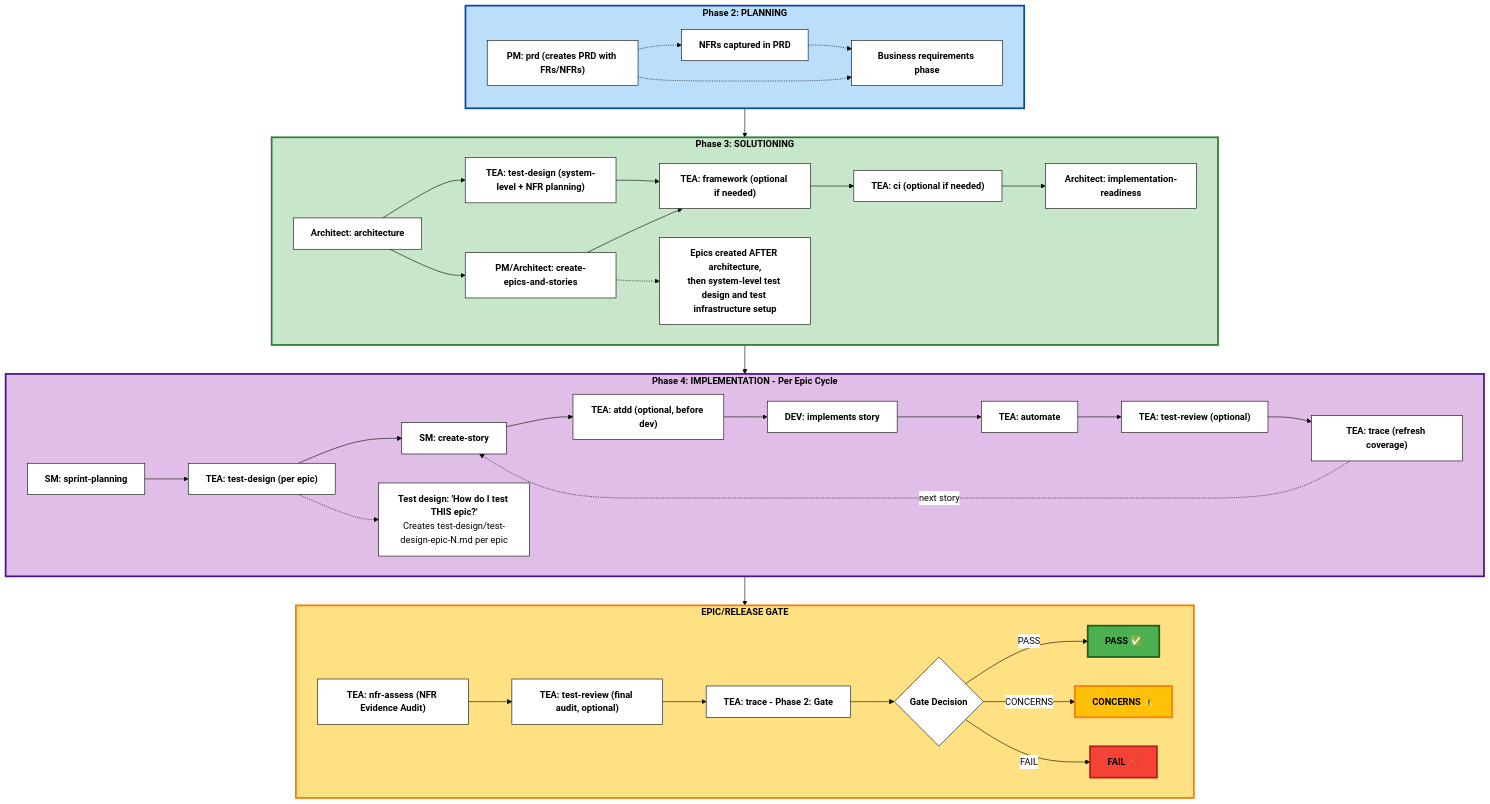
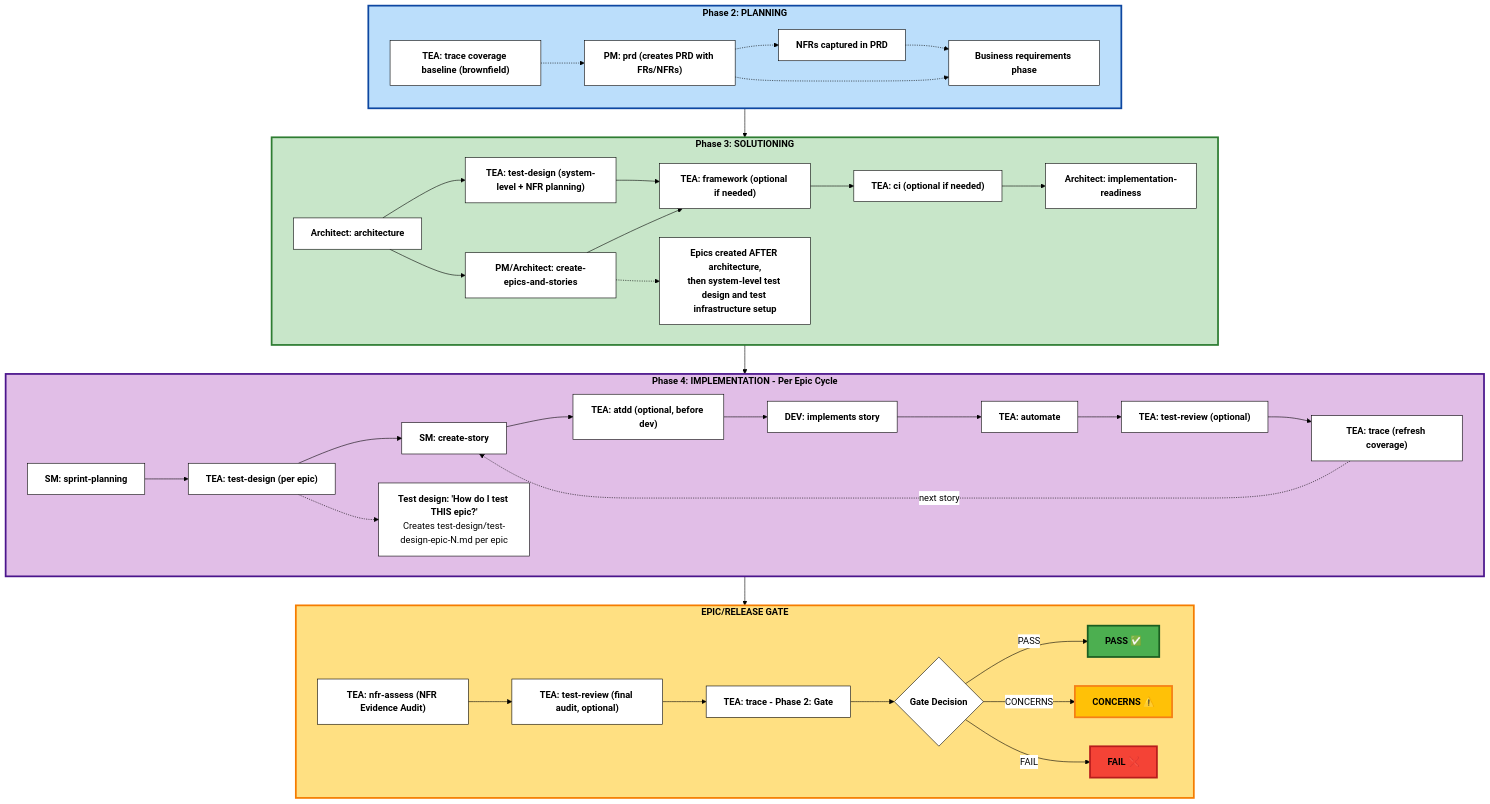
Before and after one commit to bmad-code-org/bmad-method-test-architecture-enterprise: the diagram in docs/explanation/tea-overview.md, drawn with Mermaid. The commit also changed other lines of this file and 65 other files, not shown here.

````diff
--- a/docs/explanation/tea-overview.md
+++ b/docs/explanation/tea-overview.md
@@ -61,77 +61,79 @@
 ```mermaid
 %%{init: {'theme':'base', 'themeVariables': { 'primaryColor':'#fff','primaryTextColor':'#000','primaryBorderColor':'#000','lineColor':'#000','secondaryColor':'#fff','tertiaryColor':'#fff','fontSize':'16px','fontFamily':'arial'}}}%%
 graph TB
     subgraph Phase2["<b>Phase 2: PLANNING</b>"]
+        TraceBaseline["<b>TEA: trace coverage baseline (brownfield)</b>"]
         PM["<b>PM: prd (creates PRD with FRs/NFRs)</b>"]
+        TraceBaseline -.-> PM
         PlanNote["<b>Business requirements phase</b>"]
         PrdNfr["<b>NFRs captured in PRD</b>"]
         PM -.-> PrdNfr
         PrdNfr -.-> PlanNote
         PM -.-> PlanNote
     end
 
     subgraph Phase3["<b>Phase 3: SOLUTIONING</b>"]
         Architecture["<b>Architect: architecture</b>"]
         EpicsStories["<b>PM/Architect: create-epics-and-stories</b>"]
         TestDesignSys["<b>TEA: test-design (system-level + NFR planning)</b>"]
         Framework["<b>TEA: framework (optional if needed)</b>"]
         CI["<b>TEA: ci (optional if needed)</b>"]
         GateCheck["<b>Architect: implementation-readiness</b>"]
         Architecture --> EpicsStories
         Architecture --> TestDesignSys
         TestDesignSys --> Framework
         EpicsStories --> Framework
         Framework --> CI
         CI --> GateCheck
         Phase3Note["<b>Epics created AFTER architecture,</b><br/><b>then system-level test design and test infrastructure setup</b>"]
         EpicsStories -.-> Phase3Note
     end
 
     subgraph Phase4["<b>Phase 4: IMPLEMENTATION - Per Epic Cycle</b>"]
         SprintPlan["<b>SM: sprint-planning</b>"]
         TestDesign["<b>TEA: test-design (per epic)</b>"]
         CreateStory["<b>SM: create-story</b>"]
         ATDD["<b>TEA: atdd (optional, before dev)</b>"]
         DevImpl["<b>DEV: implements story</b>"]
         Automate["<b>TEA: automate</b>"]
         TestReview1["<b>TEA: test-review (optional)</b>"]
         Trace1["<b>TEA: trace (refresh coverage)</b>"]
 
         SprintPlan --> TestDesign
         TestDesign --> CreateStory
         CreateStory --> ATDD
         ATDD --> DevImpl
         DevImpl --> Automate
         Automate --> TestReview1
         TestReview1 --> Trace1
         Trace1 -.->|next story| CreateStory
         TestDesignNote["<b>Test design: 'How do I test THIS epic?'</b><br/>Creates test-design/test-design-epic-N.md per epic"]
         TestDesign -.-> TestDesignNote
     end
 
     subgraph Gate["<b>EPIC/RELEASE GATE</b>"]
         NFR["<b>TEA: nfr-assess (NFR Evidence Audit)</b>"]
         TestReview2["<b>TEA: test-review (final audit, optional)</b>"]
         TraceGate["<b>TEA: trace - Phase 2: Gate</b>"]
         GateDecision{"<b>Gate Decision</b>"}
 
         NFR --> TestReview2
         TestReview2 --> TraceGate
         TraceGate --> GateDecision
         GateDecision -->|PASS| Pass["<b>PASS ✅</b>"]
         GateDecision -->|CONCERNS| Concerns["<b>CONCERNS ⚠️</b>"]
         GateDecision -->|FAIL| Fail["<b>FAIL ❌</b>"]
     end
 
     Phase2 --> Phase3
     Phase3 --> Phase4
     Phase4 --> Gate
 
     style Phase2 fill:#bbdefb,stroke:#0d47a1,stroke-width:3px,color:#000
     style Phase3 fill:#c8e6c9,stroke:#2e7d32,stroke-width:3px,color:#000
     style Phase4 fill:#e1bee7,stroke:#4a148c,stroke-width:3px,color:#000
     style Gate fill:#ffe082,stroke:#f57c00,stroke-width:3px,color:#000
     style Pass fill:#4caf50,stroke:#1b5e20,stroke-width:3px,color:#000
     style Concerns fill:#ffc107,stroke:#f57f17,stroke-width:3px,color:#000
     style Fail fill:#f44336,stroke:#b71c1c,stroke-width:3px,color:#000
 ```
````
